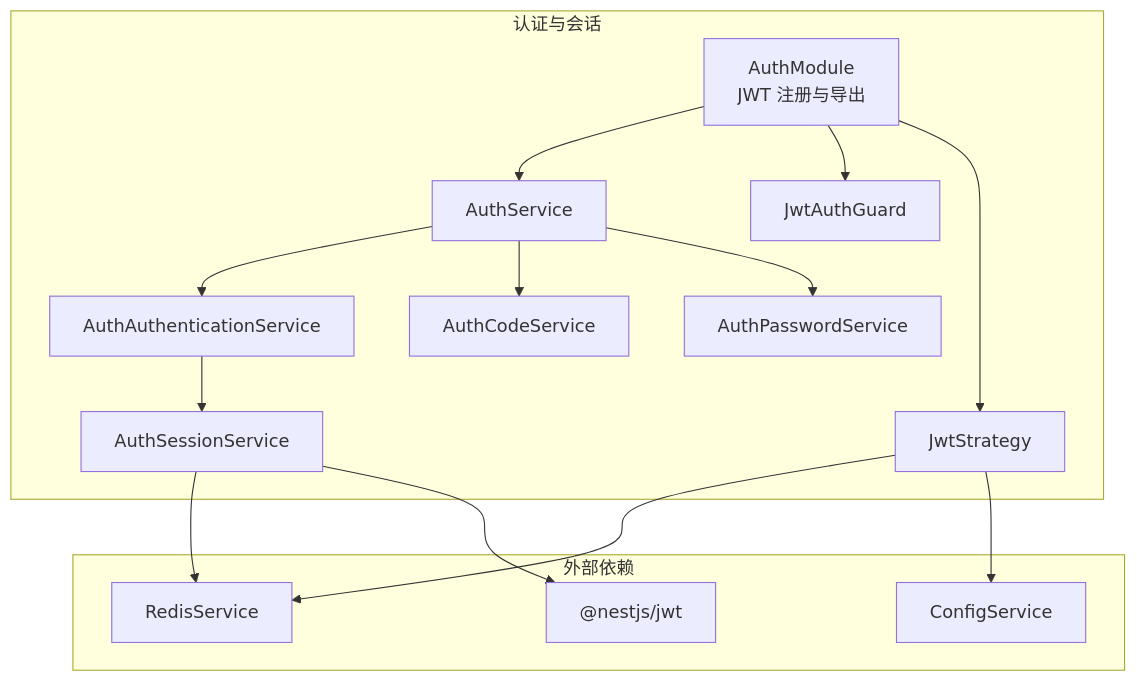
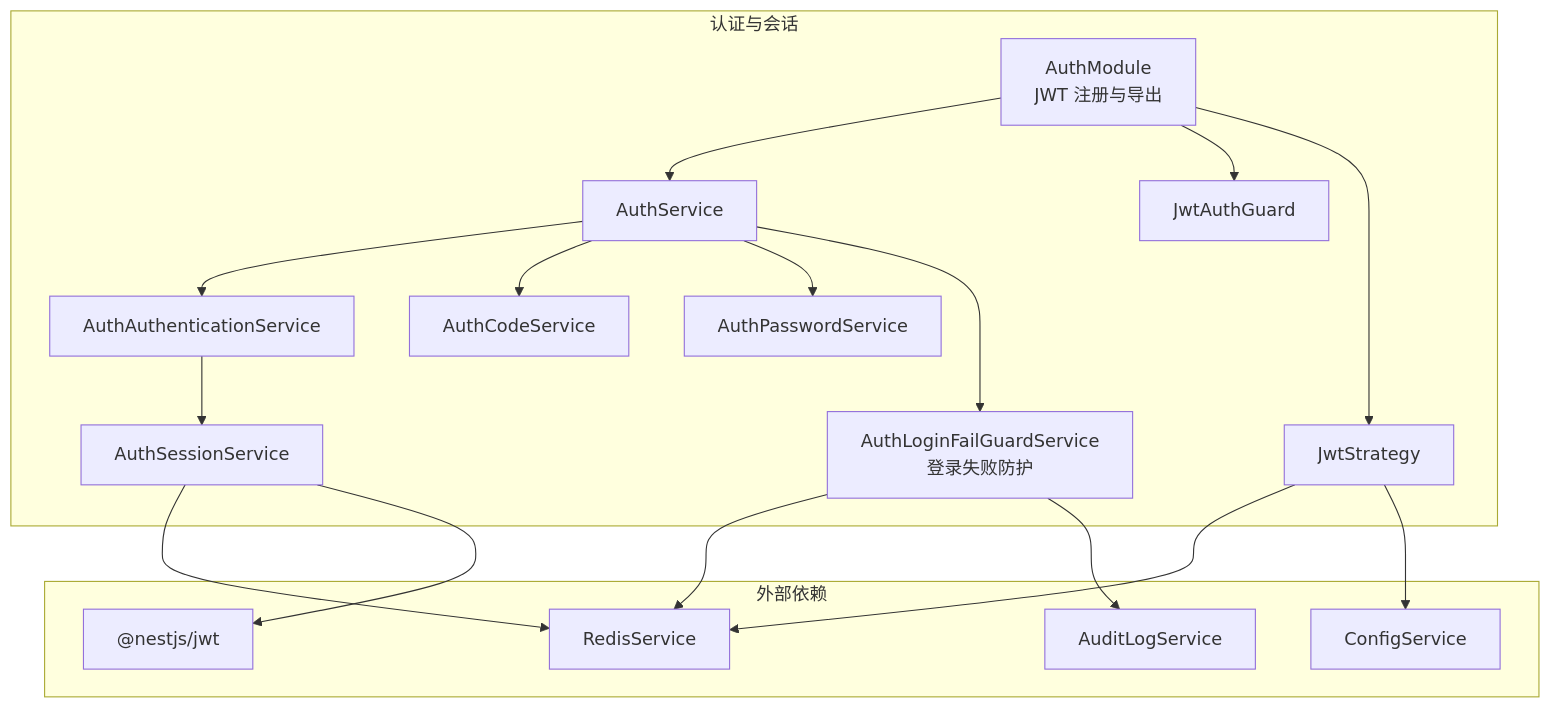
Before and after one commit to rc558620/purelyprofit-server: the first of 8 diagrams in .qoder/repowiki/zh/content/认证授权系统/安全最佳实践.md, drawn with Mermaid. The commit also changed other lines of this file and 164 other files, not shown here.

````diff
--- a/.qoder/repowiki/zh/content/认证授权系统/安全最佳实践.md
+++ b/.qoder/repowiki/zh/content/认证授权系统/安全最佳实践.md
@@ -50,29 +61,34 @@
 ```mermaid
 graph TB
 subgraph "认证与会话"
 AM["AuthModule<br/>JWT 注册与导出"]
 JG["JwtAuthGuard"]
 JS["JwtStrategy"]
 AS["AuthService"]
 AAS["AuthAuthenticationService"]
 ACS["AuthCodeService"]
 ASS["AuthSessionService"]
 APS["AuthPasswordService"]
+ALFGS["AuthLoginFailGuardService<br/>登录失败防护"]
 end
 subgraph "外部依赖"
 RS["RedisService"]
 CFG["ConfigService"]
 JWT["@nestjs/jwt"]
+ALS["AuditLogService"]
 end
 AM --> AS
 AS --> AAS
 AS --> ACS
 AS --> APS
+AS --> ALFGS
 AAS --> ASS
 ASS --> RS
 ASS --> JWT
 AM --> JG
 AM --> JS
 JS --> RS
 JS --> CFG
+ALFGS --> RS
+ALFGS --> ALS
 ```
````
